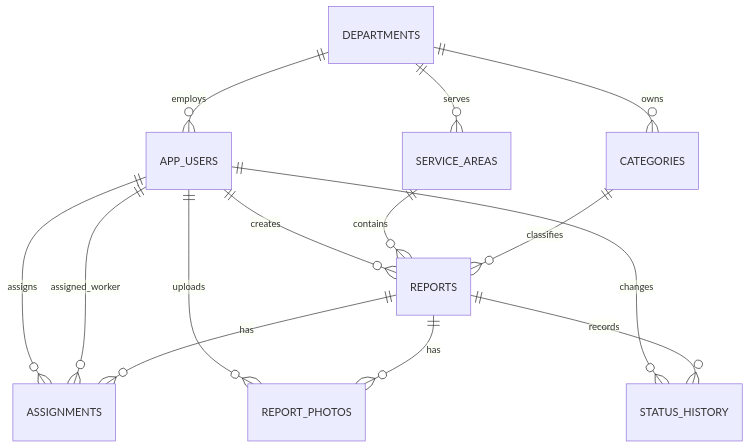
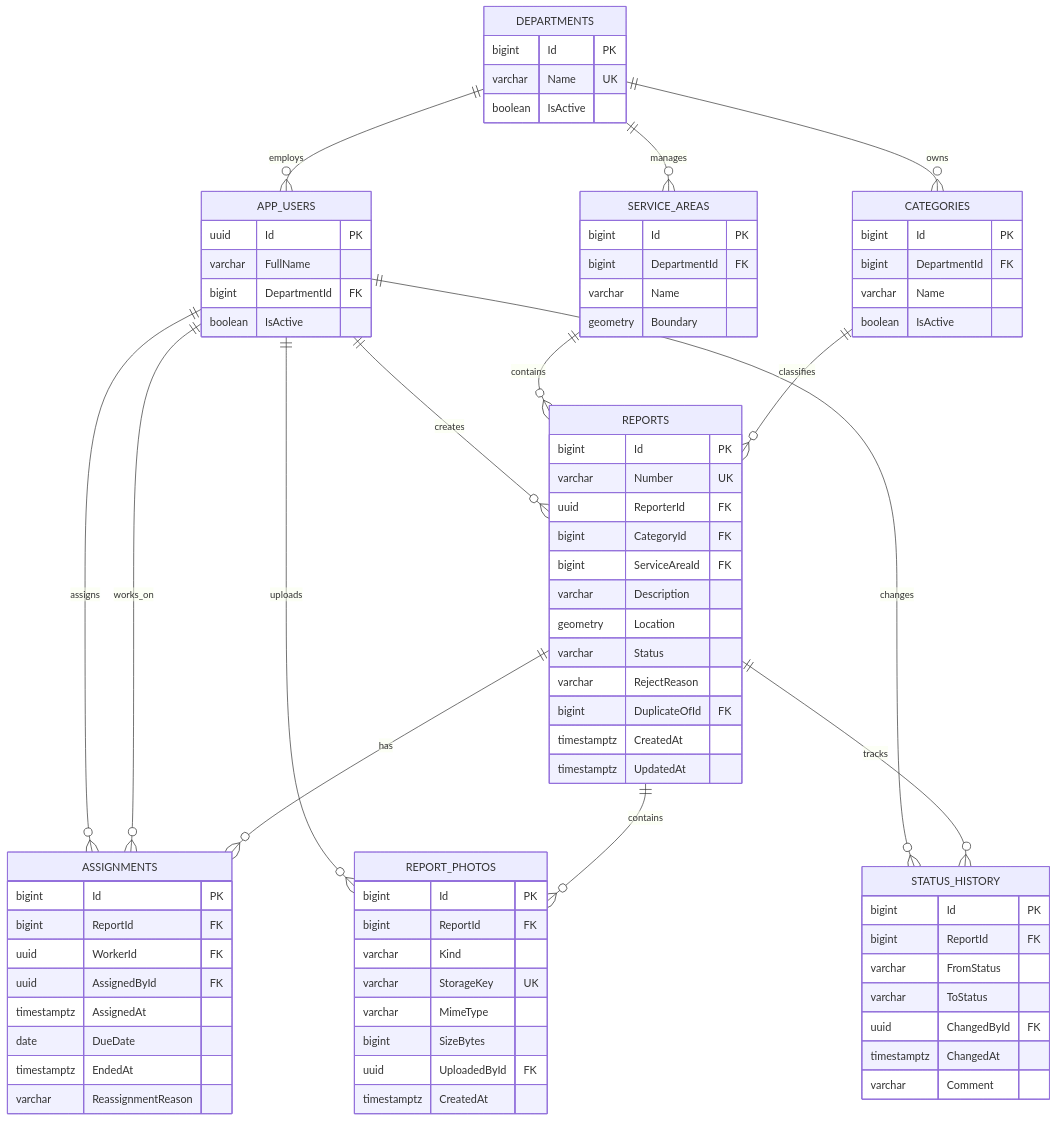
Before and after one commit to gigigiorgadze10/fixit: the diagram in DATA_MODEL.md, drawn with Mermaid.

Commit message:
Refactor ER diagram and update entity definitions

````diff
--- a/DATA_MODEL.md
+++ b/DATA_MODEL.md
@@ -33,16 +33,95 @@
 ```mermaid
 erDiagram
-  DEPARTMENTS ||--o{ APP_USERS : employs
-  DEPARTMENTS ||--o{ CATEGORIES : owns
-  DEPARTMENTS ||--o{ SERVICE_AREAS : serves
-  CATEGORIES ||--o{ REPORTS : classifies
-  SERVICE_AREAS ||--o{ REPORTS : contains
-  APP_USERS ||--o{ REPORTS : creates
-  REPORTS ||--o{ ASSIGNMENTS : has
-  APP_USERS ||--o{ ASSIGNMENTS : assigned_worker
-  APP_USERS ||--o{ ASSIGNMENTS : assigns
-  REPORTS ||--o{ REPORT_PHOTOS : has
-  APP_USERS ||--o{ REPORT_PHOTOS : uploads
-  REPORTS ||--o{ STATUS_HISTORY : records
-  APP_USERS ||--o{ STATUS_HISTORY : changes
+    DEPARTMENTS ||--o{ APP_USERS : employs
+    DEPARTMENTS ||--o{ CATEGORIES : owns
+    DEPARTMENTS ||--o{ SERVICE_AREAS : manages
+
+    CATEGORIES ||--o{ REPORTS : classifies
+    SERVICE_AREAS ||--o{ REPORTS : contains
+
+    APP_USERS ||--o{ REPORTS : creates
+
+    REPORTS ||--o{ ASSIGNMENTS : has
+    APP_USERS ||--o{ ASSIGNMENTS : works_on
+    APP_USERS ||--o{ ASSIGNMENTS : assigns
+
+    REPORTS ||--o{ REPORT_PHOTOS : contains
+    APP_USERS ||--o{ REPORT_PHOTOS : uploads
+
+    REPORTS ||--o{ STATUS_HISTORY : tracks
+    APP_USERS ||--o{ STATUS_HISTORY : changes
+
+    DEPARTMENTS {
+        bigint Id PK
+        varchar Name UK
+        boolean IsActive
+    }
+
+    APP_USERS {
+        uuid Id PK
+        varchar FullName
+        bigint DepartmentId FK
+        boolean IsActive
+    }
+
+    CATEGORIES {
+        bigint Id PK
+        bigint DepartmentId FK
+        varchar Name
+        boolean IsActive
+    }
+
+    SERVICE_AREAS {
+        bigint Id PK
+        bigint DepartmentId FK
+        varchar Name
+        geometry Boundary
+    }
+
+    REPORTS {
+        bigint Id PK
+        varchar Number UK
+        uuid ReporterId FK
+        bigint CategoryId FK
+        bigint ServiceAreaId FK
+        varchar Description
+        geometry Location
+        varchar Status
+        varchar RejectReason
+        bigint DuplicateOfId FK
+        timestamptz CreatedAt
+        timestamptz UpdatedAt
+    }
+
+    ASSIGNMENTS {
+        bigint Id PK
+        bigint ReportId FK
+        uuid WorkerId FK
+        uuid AssignedById FK
+        timestamptz AssignedAt
+        date DueDate
+        timestamptz EndedAt
+        varchar ReassignmentReason
+    }
+
+    REPORT_PHOTOS {
+        bigint Id PK
+        bigint ReportId FK
+        varchar Kind
+        varchar StorageKey UK
+        varchar MimeType
+        bigint SizeBytes
+        uuid UploadedById FK
+        timestamptz CreatedAt
+    }
+
+    STATUS_HISTORY {
+        bigint Id PK
+        bigint ReportId FK
+        varchar FromStatus
+        varchar ToStatus
+        uuid ChangedById FK
+        timestamptz ChangedAt
+        varchar Comment
+    }
 ```
````
